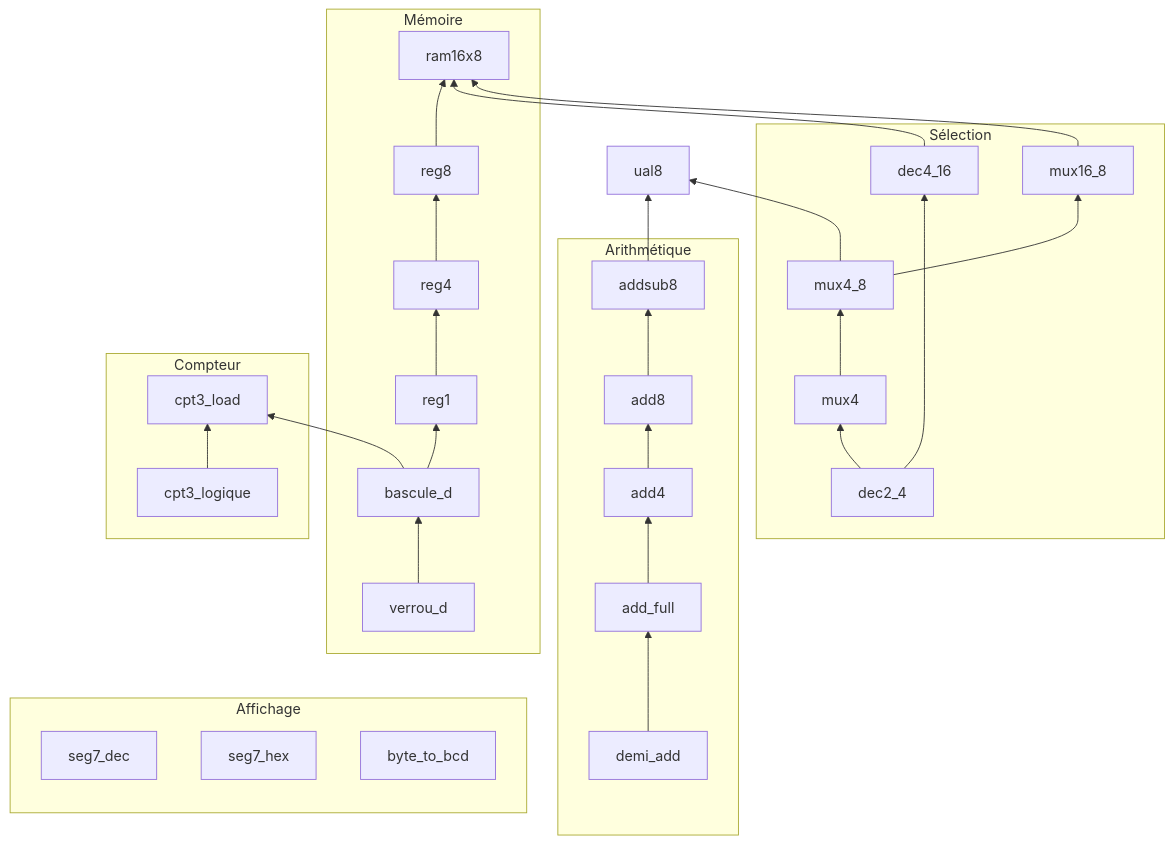
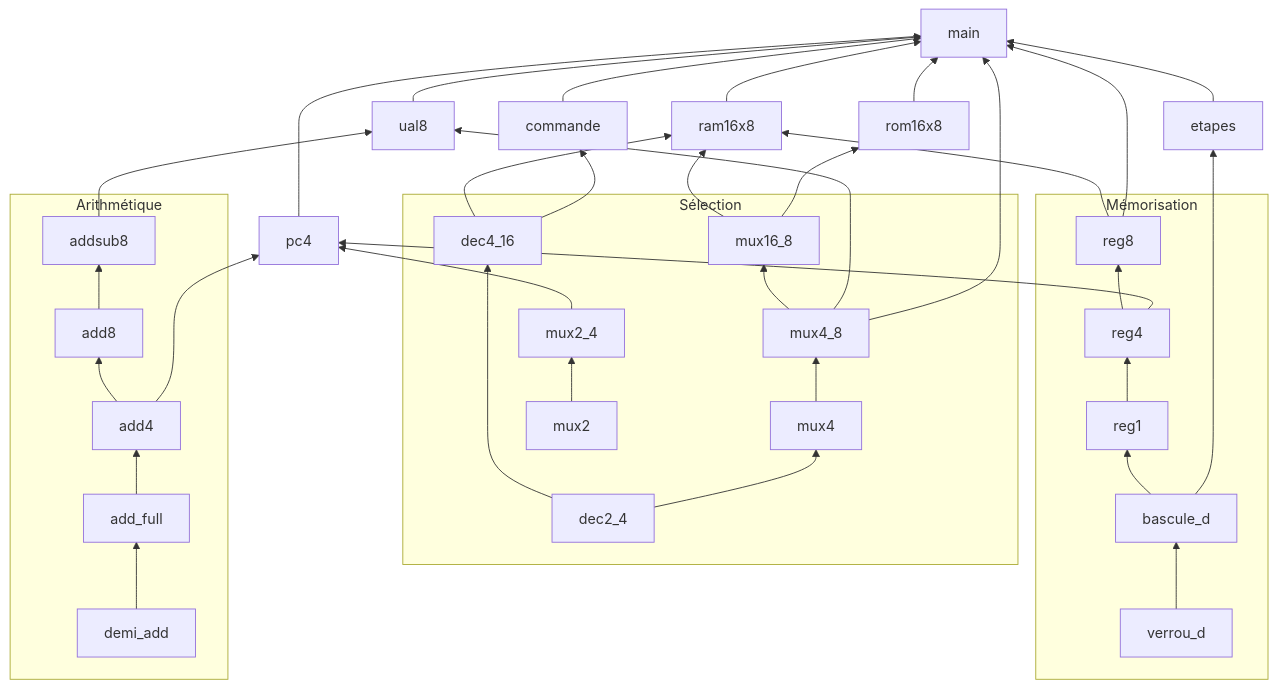
The diagram in docs/architecture.md (RIZIWYX/Mini-CPU), drawn with Mermaid before and after one commit. The commit also changed other lines of this file and 6 other files, not shown here.

Commit message:
Documentation complète : README, unité de commande, architecture

````diff
--- a/docs/architecture.md
+++ b/docs/architecture.md
@@ -7,27 +7,35 @@
 ```mermaid
 graph BT
   subgraph Arithmétique
     demi_add --> add_full --> add4 --> add8 --> addsub8
   end
   subgraph Sélection
     dec2_4 --> dec4_16
     dec2_4 --> mux4 --> mux4_8 --> mux16_8
+    mux2 --> mux2_4
   end
-  subgraph Mémoire
-    verrou_d --> bascule_d --> reg1 --> reg4 --> reg8 --> ram16x8
-  end
-  subgraph Compteur
-    cpt3_logique --> cpt3_load
-  end
-  subgraph Affichage
-    seg7_dec
-    seg7_hex
-    byte_to_bcd
+  subgraph Mémorisation
+    verrou_d --> bascule_d --> reg1 --> reg4 --> reg8
   end
 
   addsub8 --> ual8
   mux4_8 --> ual8
+  reg8 --> ram16x8
   dec4_16 --> ram16x8
   mux16_8 --> ram16x8
-  bascule_d --> cpt3_load
+  mux16_8 --> rom16x8
+  reg4 --> pc4
+  add4 --> pc4
+  mux2_4 --> pc4
+  bascule_d --> etapes
+  dec4_16 --> commande
+
+  ual8 --> main
+  ram16x8 --> main
+  rom16x8 --> main
+  pc4 --> main
+  etapes --> main
+  commande --> main
+  reg8 --> main
+  mux4_8 --> main
 ```
````
